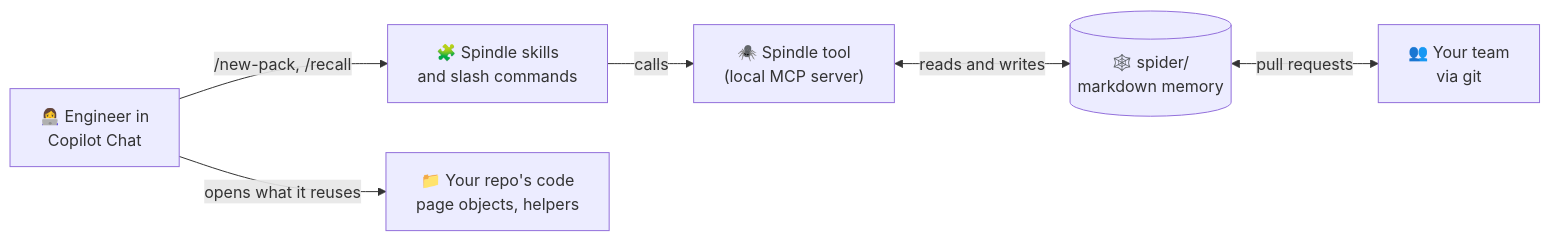
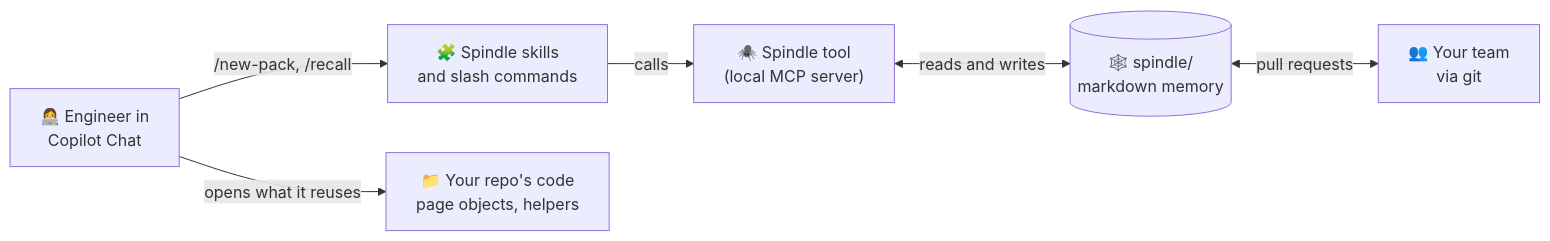
One commit to AbhiAuto/Spindle changed the diagram in README.md. Above: the diagram before and after it, drawn with Mermaid. The commit also changed other lines of this file and 59 other files, not shown here.

````diff
--- a/README.md
+++ b/README.md
@@ -77,8 +77,8 @@
 ```mermaid
 flowchart LR
     A["👩‍💻 Engineer in<br/>Copilot Chat"] -->|/new-pack, /recall| B["🧩 Spindle skills<br/>and slash commands"]
     B -->|calls| C["🕷️ Spindle tool<br/>(local MCP server)"]
-    C <-->|reads and writes| D[("🕸️ spider/<br/>markdown memory")]
+    C <-->|reads and writes| D[("🕸️ spindle/<br/>markdown memory")]
     A -->|opens what it reuses| E["📁 Your repo's code<br/>page objects, helpers"]
     D <-->|pull requests| F["👥 Your team<br/>via git"]
 ```
````
